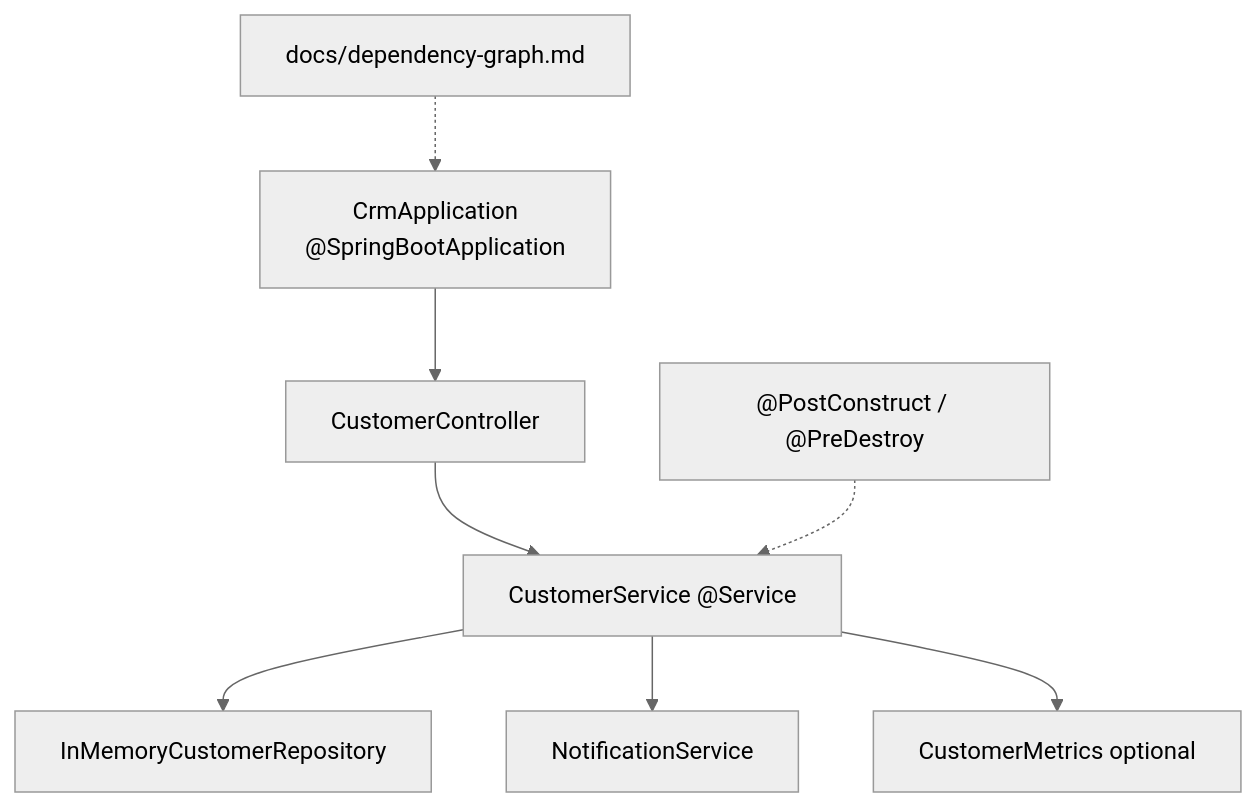
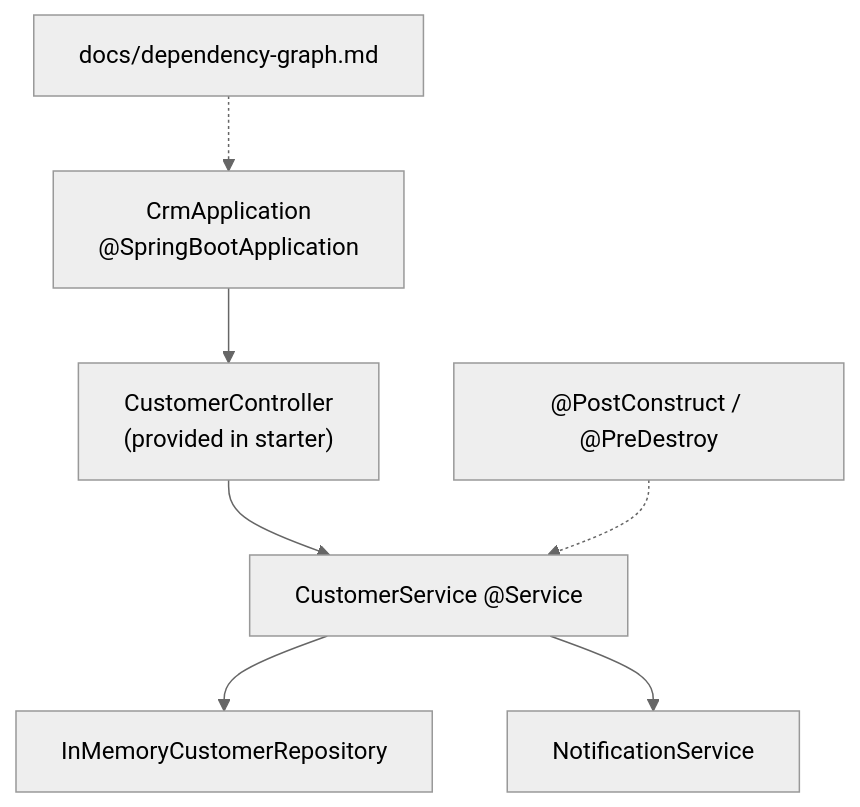
Before and after one commit to Innovation-In-Software/bc-sw-engineer-java-participant: the diagram in labs/Week 3 - Spring Framework and Enterprise Patterns/module-22/lab22/LAB-22-GUIDE.md, drawn with Mermaid (neutral theme). The commit also changed other lines of this file and 581 other files, not shown here.

````diff
--- a/labs/Week 3 - Spring Framework and Enterprise Patterns/module-22/lab22/LAB-22-GUIDE.md
+++ b/labs/Week 3 - Spring Framework and Enterprise Patterns/module-22/lab22/LAB-22-GUIDE.md
@@ -107,10 +107,9 @@
 ```mermaid
 flowchart TB
-  App["CrmApplication<br/>@SpringBootApplication"] --> Ctrl["CustomerController"]
+  App["CrmApplication<br/>@SpringBootApplication"] --> Ctrl["CustomerController<br/>(provided in starter)"]
   Ctrl --> Svc["CustomerService @Service"]
   Svc --> Repo["InMemoryCustomerRepository"]
   Svc --> Notif["NotificationService"]
-  Svc --> Met["CustomerMetrics optional"]
   Life["@PostConstruct / @PreDestroy"] -.-> Svc
   Docs["docs/dependency-graph.md"] -.-> App
 ```
````
